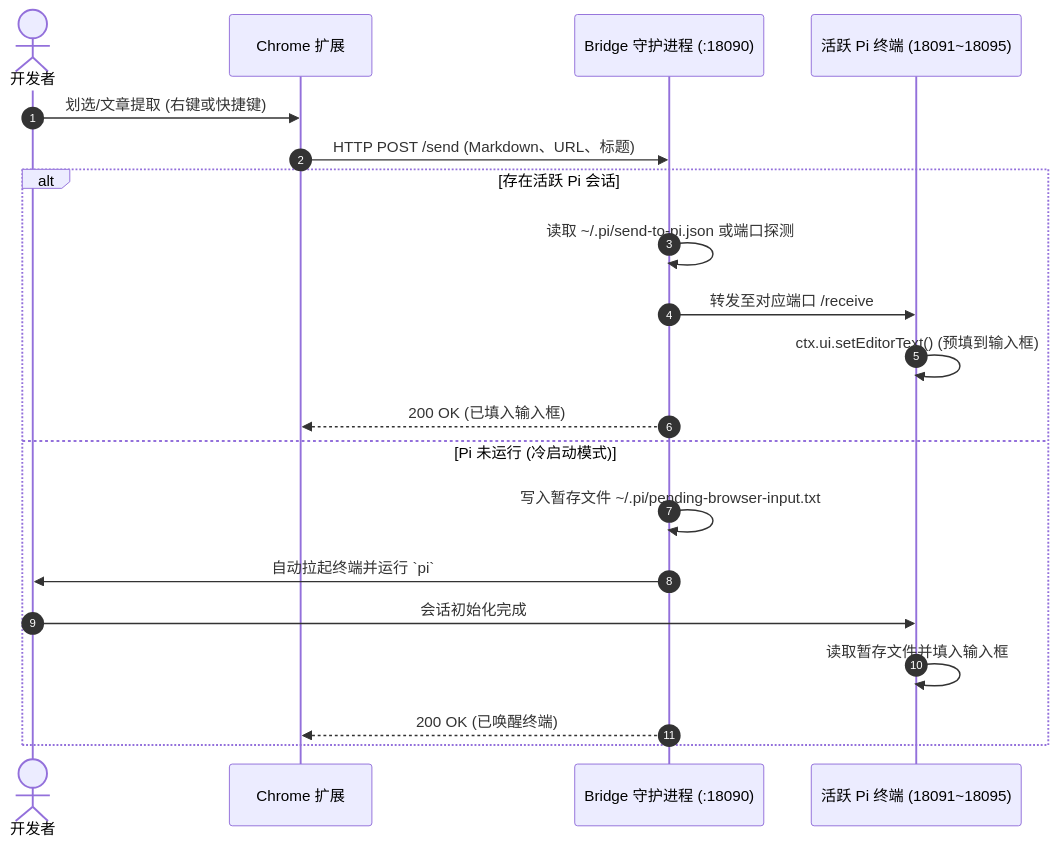
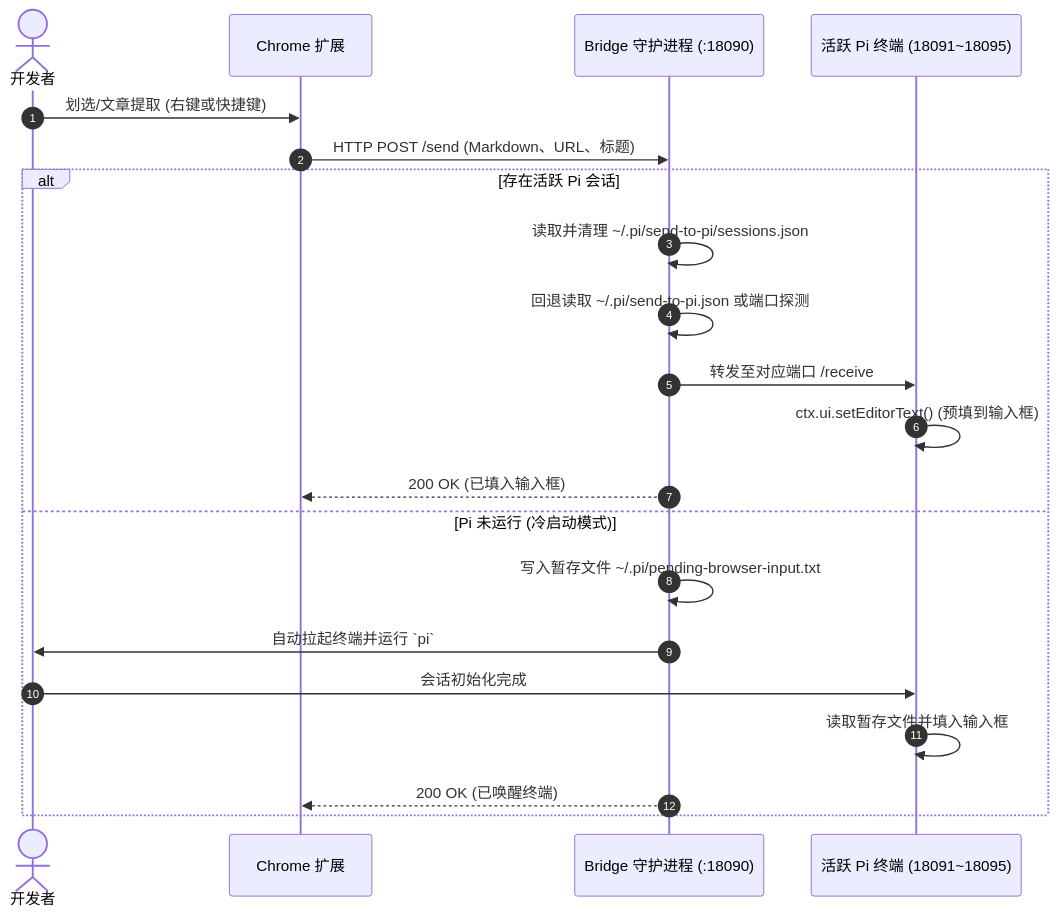
One commit to Wude-m/send-to-pi changed the diagram in README_CN.md. Above: the diagram before and after it, drawn with Mermaid. The commit also changed other lines of this file and 9 other files, not shown here.

````diff
--- a/README_CN.md
+++ b/README_CN.md
@@ -39,23 +39,24 @@
 ```mermaid
 sequenceDiagram
     autonumber
     actor User as 开发者
     participant Browser as Chrome 扩展
     participant Bridge as Bridge 守护进程 (:18090)
     participant Pi as 活跃 Pi 终端 (18091~18095)
 
     User->>Browser: 划选/文章提取 (右键或快捷键)
     Browser->>Bridge: HTTP POST /send (Markdown、URL、标题)
     alt 存在活跃 Pi 会话
-        Bridge->>Bridge: 读取 ~/.pi/send-to-pi.json 或端口探测
+        Bridge->>Bridge: 读取并清理 ~/.pi/send-to-pi/sessions.json
+        Bridge->>Bridge: 回退读取 ~/.pi/send-to-pi.json 或端口探测
         Bridge->>Pi: 转发至对应端口 /receive
         Pi->>Pi: ctx.ui.setEditorText() (预填到输入框)
         Bridge-->>Browser: 200 OK (已填入输入框)
     else Pi 未运行 (冷启动模式)
         Bridge->>Bridge: 写入暂存文件 ~/.pi/pending-browser-input.txt
         Bridge->>User: 自动拉起终端并运行 `pi`
         User->>Pi: 会话初始化完成
         Pi->>Pi: 读取暂存文件并填入输入框
         Bridge-->>Browser: 200 OK (已唤醒终端)
     end
 ```
````
